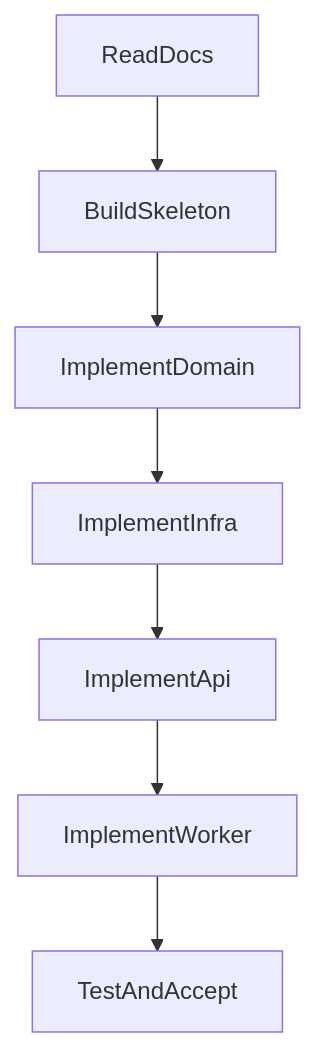
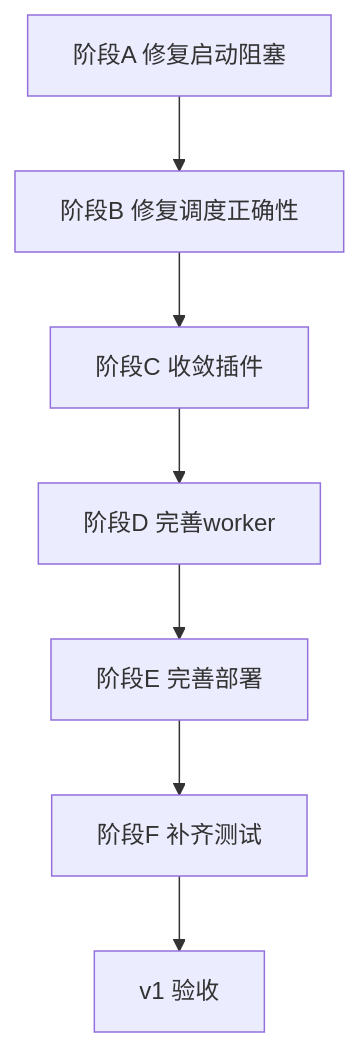
One commit to xycdaimi/KeyFlow changed the diagram in docs/plan.md. Above: the diagram before and after it, drawn with Mermaid. The commit also changed other lines of this file and 68 other files, not shown here.

````diff
--- a/docs/plan.md
+++ b/docs/plan.md
@@ -320,9 +228,9 @@
 ```mermaid
 flowchart TD
-    readDocs[ReadDocs] --> buildSkeleton[BuildSkeleton]
-    buildSkeleton --> implementDomain[ImplementDomain]
-    implementDomain --> implementInfra[ImplementInfra]
-    implementInfra --> implementApi[ImplementApi]
-    implementApi --> implementWorker[ImplementWorker]
-    implementWorker --> testAndAccept[TestAndAccept]
+    A[阶段A 修复启动阻塞] --> B[阶段B 修复调度正确性]
+    B --> C[阶段C 收敛插件]
+    C --> D[阶段D 完善worker]
+    D --> E[阶段E 完善部署]
+    E --> F[阶段F 补齐测试]
+    F --> G[v1 验收]
 ```
````
